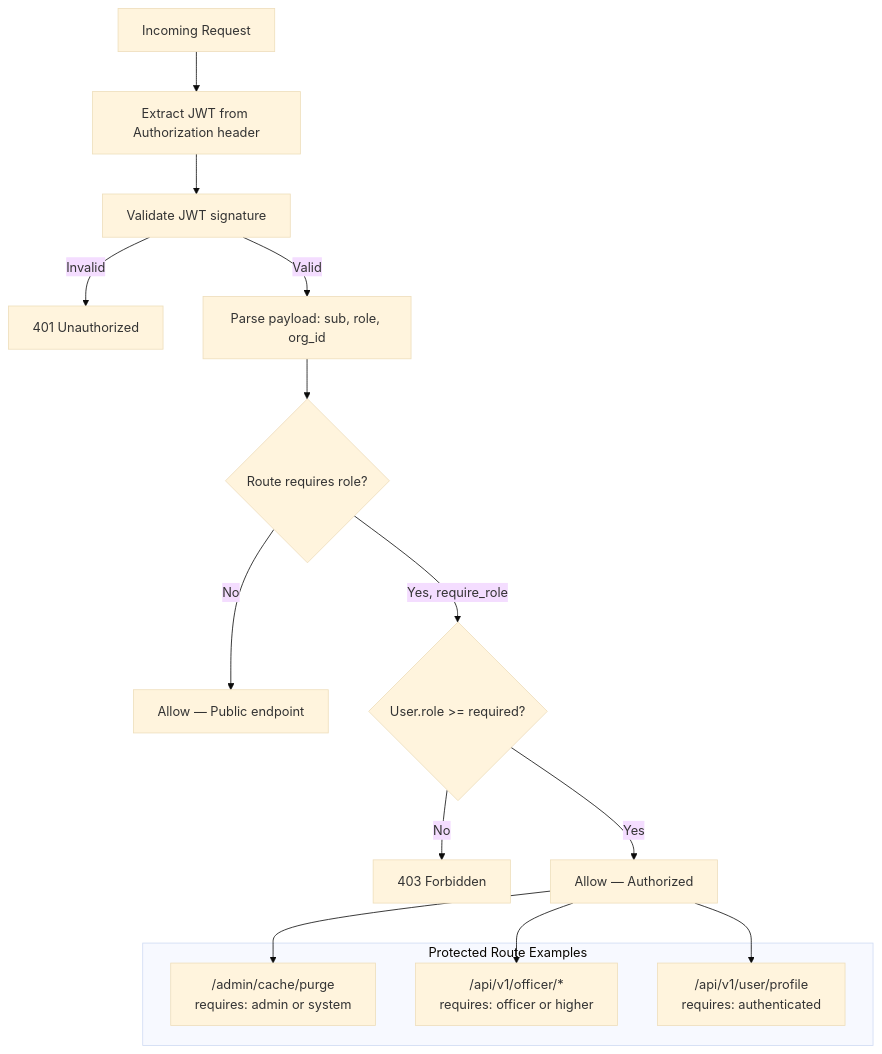
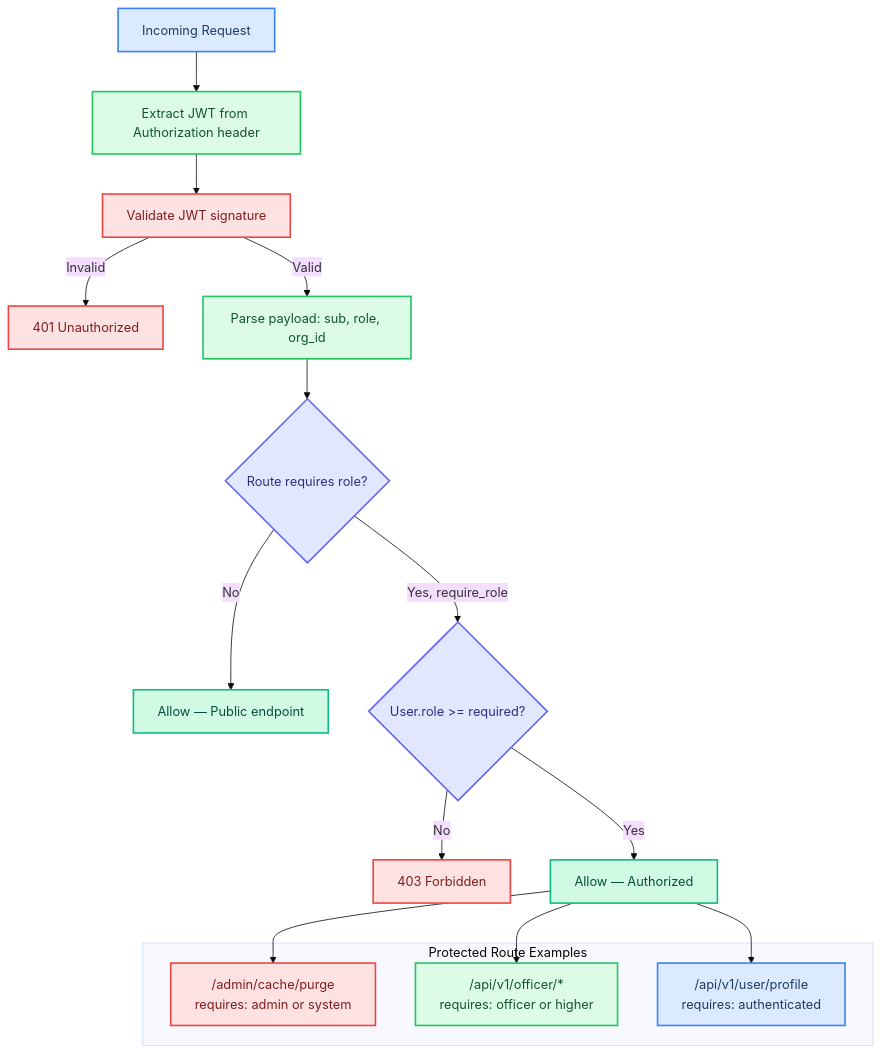
One commit to SafeVixAI/SafeVixAI changed the second of 3 diagrams in docs/architecture/AUTHORIZATION.md. Above: the diagram before and after it, drawn with Mermaid (base theme). The commit also changed other lines of this file and 85 other files, not shown here.

Commit message:
docs: Fix Mermaid diagrams, resolve relative link warnings, and ensure clean mkdocs build

````diff
--- a/docs/architecture/AUTHORIZATION.md
+++ b/docs/architecture/AUTHORIZATION.md
@@ -28,25 +32,34 @@
 ```mermaid
 flowchart TD
-    REQ[Incoming Request] --> EXTRACT[Extract JWT from Authorization header]
-    EXTRACT --> VALIDATE[Validate JWT signature]
-    VALIDATE -->|Invalid| 401[401 Unauthorized]
-    VALIDATE -->|Valid| PARSE[Parse payload: sub, role, org_id]
+    classDef edge fill:#dbeafe,stroke:#3b82f6,stroke-width:2px,color:#1e3a5f
+    classDef control fill:#dcfce7,stroke:#22c55e,stroke-width:2px,color:#14532d
+    classDef ai fill:#f3e8ff,stroke:#a855f7,stroke-width:2px,color:#581c87
+    classDef data fill:#fef3c7,stroke:#f59e0b,stroke-width:2px,color:#78350f
+    classDef security fill:#fee2e2,stroke:#ef4444,stroke-width:2px,color:#7f1d1d
+    classDef external fill:#f1f5f9,stroke:#94a3b8,stroke-width:2px,stroke-dasharray:5 5,color:#334155
+    classDef decision fill:#e0e7ff,stroke:#6366f1,stroke-width:2px,color:#312e81
+    classDef success fill:#d1fae5,stroke:#10b981,stroke-width:2px,color:#064e3b
 
-    PARSE --> CHECK{Route requires role?}
+    REQ["Incoming Request"]:::edge --> EXTRACT["Extract JWT from Authorization header"]:::control
+    EXTRACT --> VALIDATE["Validate JWT signature"]:::security
+    VALIDATE -->|"Invalid"| N401["401 Unauthorized"]:::security
+    VALIDATE -->|"Valid"| PARSE["Parse payload: sub, role, org_id"]:::control
 
-    CHECK -->|No| AUTHZ_PUBLIC[Allow — Public endpoint]
-    CHECK -->|Yes, require_role| ROLE_CHECK{User.role >= required?}
+    PARSE --> CHECK{"Route requires role?"}:::decision
 
-    ROLE_CHECK -->|No| 403[403 Forbidden]
-    ROLE_CHECK -->|Yes| ALLOW[Allow — Authorized]
+    CHECK -->|"No"| AUTHZ_PUBLIC["Allow — Public endpoint"]:::success
+    CHECK -->|"Yes, require_role"| ROLE_CHECK{"User.role >= required?"}:::decision
+
+    ROLE_CHECK -->|"No"| N403["403 Forbidden"]:::security
+    ROLE_CHECK -->|"Yes"| ALLOW["Allow — Authorized"]:::success
 
     subgraph Protected["Protected Route Examples"]
-        ADMIN_P["/admin/cache/purge<br/>requires: admin or system"]
-        OFFICER_P["/api/v1/officer/*<br/>requires: officer or higher"]
-        USER_P["/api/v1/user/profile<br/>requires: authenticated"]
+        ADMIN_P["/admin/cache/purge<br/>requires: admin or system"]:::security
+        OFFICER_P["/api/v1/officer/*<br/>requires: officer or higher"]:::control
+        USER_P["/api/v1/user/profile<br/>requires: authenticated"]:::edge
     end
 
     ALLOW --> ADMIN_P
     ALLOW --> OFFICER_P
     ALLOW --> USER_P
 ```
````
